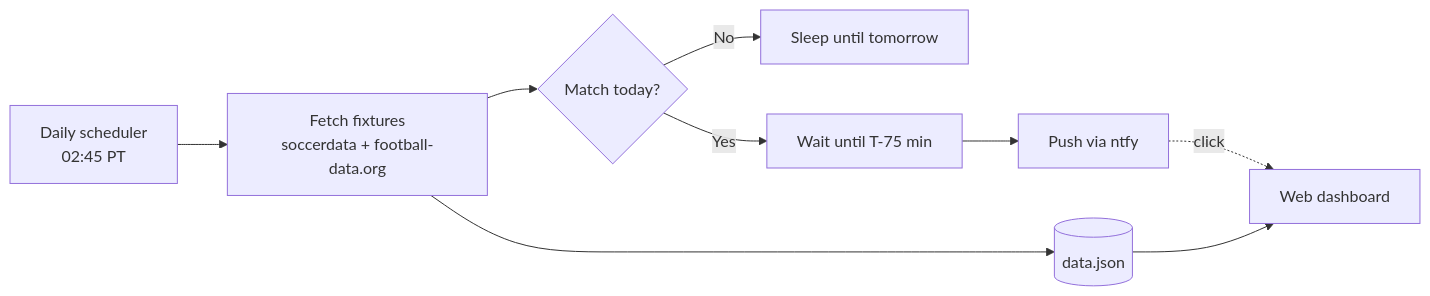
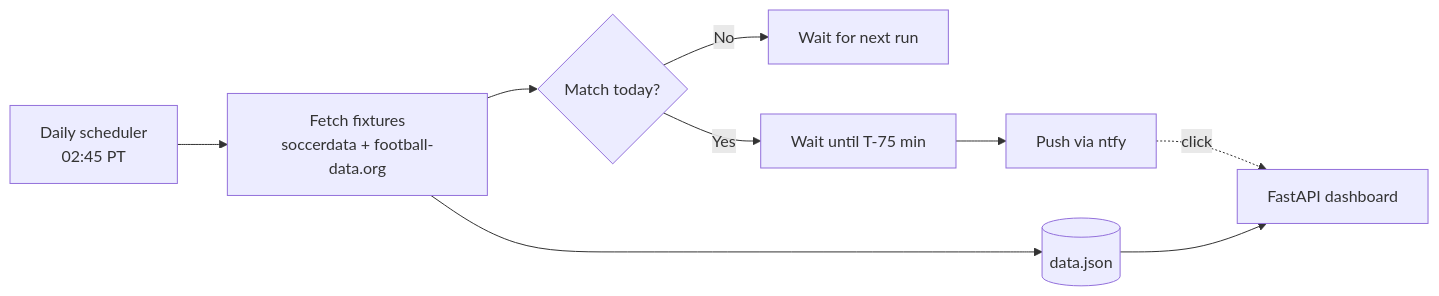
One commit to justincox8/ArsenalRemind changed the diagram in README.md. Above: the diagram before and after it, drawn with Mermaid. The commit also changed other lines of this file and 2 other files, not shown here.

````diff
--- a/README.md
+++ b/README.md
@@ -27,11 +25,11 @@
 ```mermaid
 flowchart LR
     S[Daily scheduler<br/>02:45 PT] --> F[Fetch fixtures<br/>soccerdata + football-data.org]
     F --> N{Match today?}
-    N -- No --> Z[Sleep until tomorrow]
+    N -- No --> Z[Wait for next run]
     N -- Yes --> W[Wait until T-75 min]
     W --> P[Push via ntfy]
     F --> D[(data.json)]
-    D --> UI[Web dashboard]
+    D --> UI[FastAPI dashboard]
     P -. click .-> UI
 ```
````
